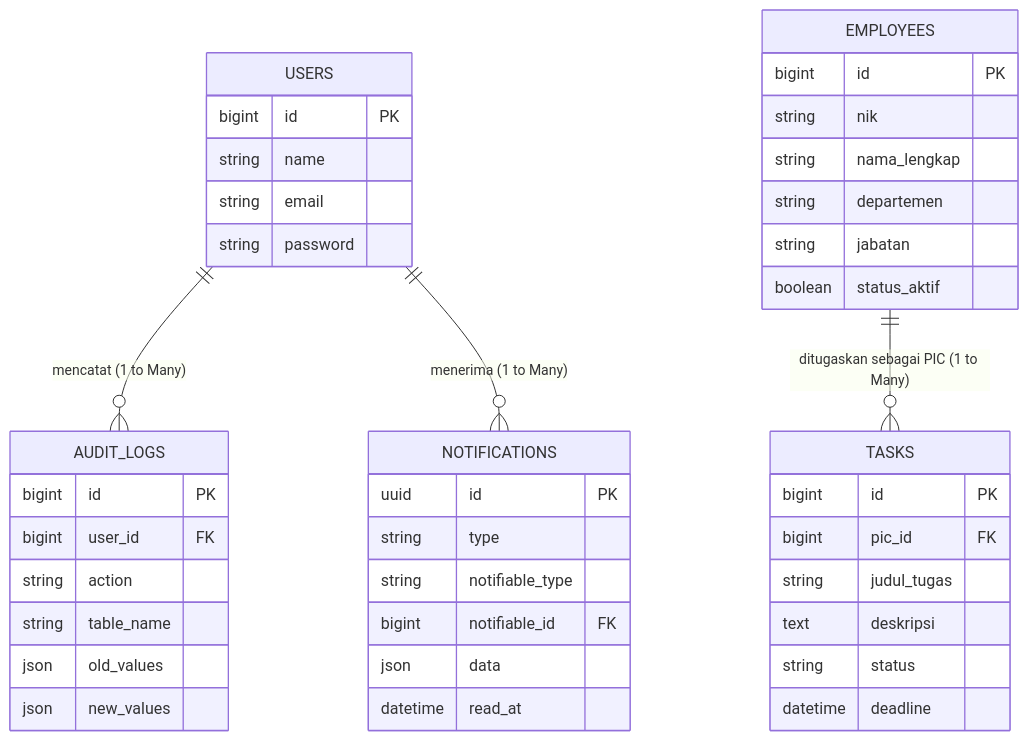
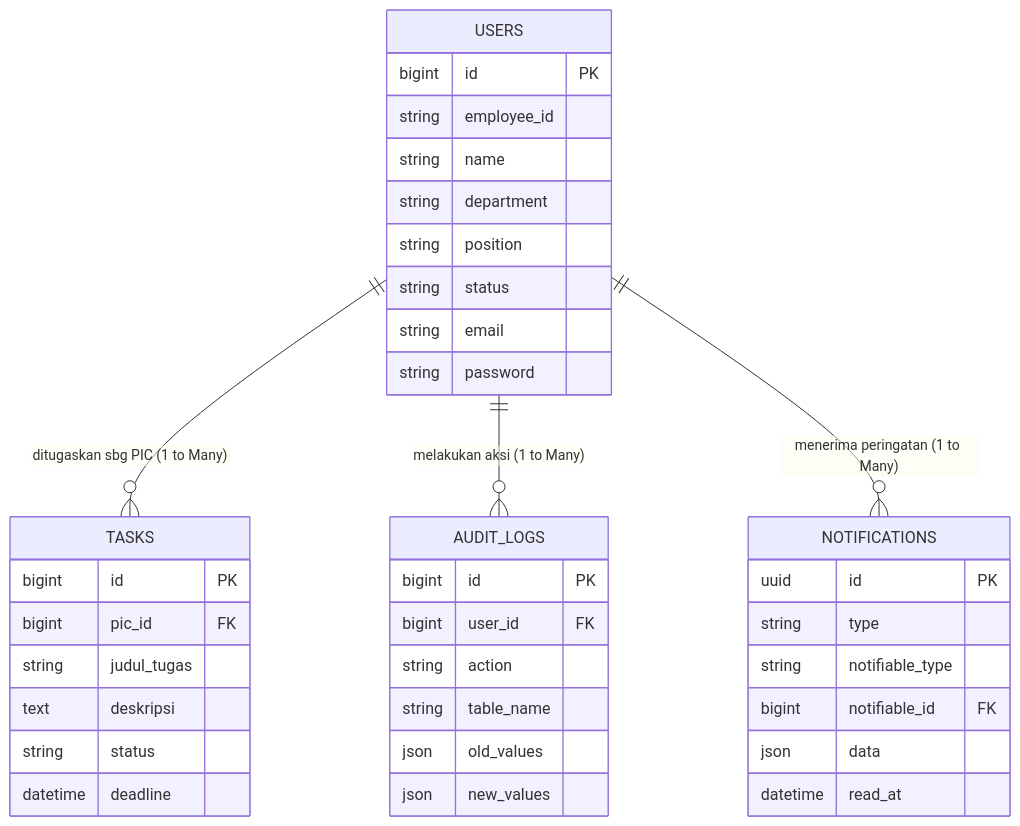
The diagram in README.md (muhammadfarrasfajri/staf-it-test-pet), drawn with Mermaid before and after one commit. The commit also changed other lines of this file, not shown here.

````diff
--- a/README.md
+++ b/README.md
@@ -64,49 +63,44 @@
 ```mermaid
 erDiagram
-    USERS ||--o{ AUDIT_LOGS : "mencatat (1 to Many)"
-    EMPLOYEES ||--o{ TASKS : "ditugaskan sebagai PIC (1 to Many)"
-    USERS ||--o{ NOTIFICATIONS : "menerima (1 to Many)"
+    USERS ||--o{ TASKS : "ditugaskan sbg PIC (1 to Many)"
+    USERS ||--o{ AUDIT_LOGS : "melakukan aksi (1 to Many)"
+    USERS ||--o{ NOTIFICATIONS : "menerima peringatan (1 to Many)"
 
     USERS {
         bigint id PK
+        string employee_id
         string name
+        string department
+        string position
+        string status
         string email
         string password
-    }
-
-    EMPLOYEES {
-        bigint id PK
-        string nik
-        string nama_lengkap
-        string departemen
-        string jabatan
-        boolean status_aktif
     }
 
     TASKS {
         bigint id PK
         bigint pic_id FK
         string judul_tugas
         text deskripsi
         string status
         datetime deadline
     }
 
     AUDIT_LOGS {
         bigint id PK
         bigint user_id FK
         string action
         string table_name
         json old_values
         json new_values
     }
 
     NOTIFICATIONS {
         uuid id PK
         string type
         string notifiable_type
         bigint notifiable_id FK
         json data
         datetime read_at
     }
 ```
````
